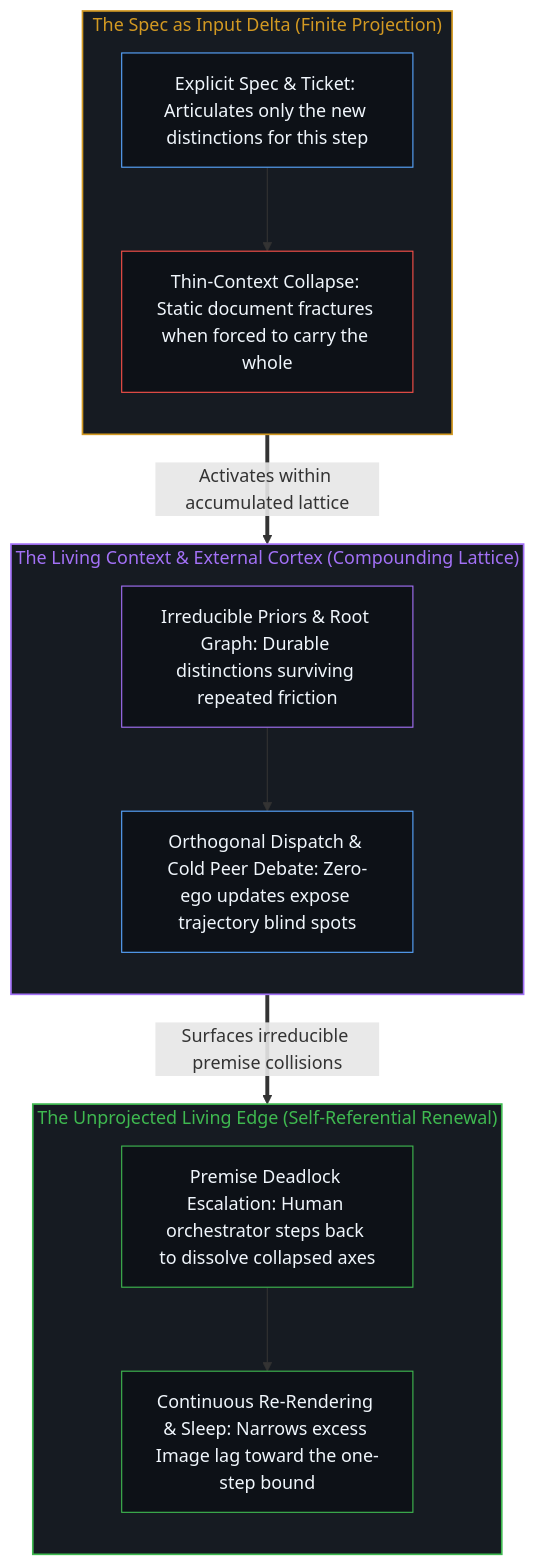
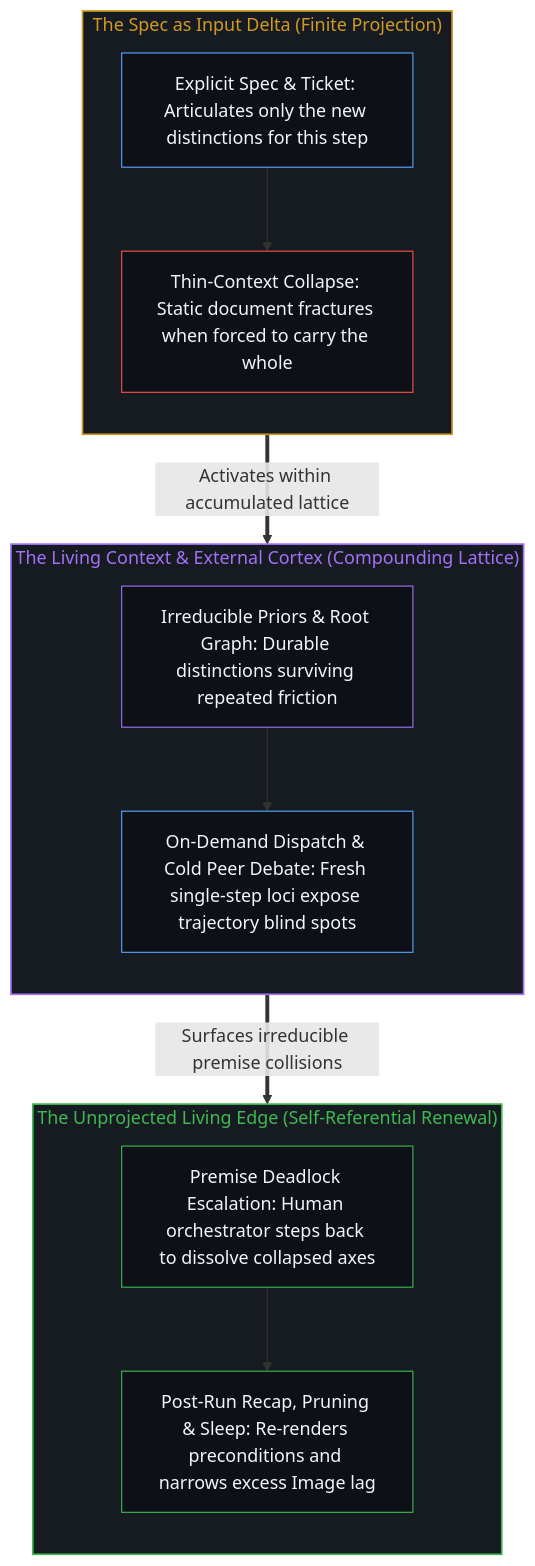
One commit to powerpig99/not-a-toe changed the second of 2 diagrams in content/posts/the-living-context.md. Above: the diagram before and after it, drawn with Mermaid. The commit also changed other lines of this file and 1 other file, not shown here.

Commit message:
Refine the-living-context in Deep Sleep Batch 1

````diff
--- a/content/posts/the-living-context.md
+++ b/content/posts/the-living-context.md
@@ -74,36 +70,32 @@
 ```mermaid
 flowchart TD
     subgraph S_Delta["The Spec as Input Delta (Finite Projection)"]
         direction TB
         Ticket["Explicit Spec & Ticket: Articulates only the new distinctions for this step"]
         Thin["Thin-Context Collapse: Static document fractures when forced to carry the whole"]
         Ticket --> Thin
     end
-
     subgraph S_Cortex["The Living Context & External Cortex (Compounding Lattice)"]
         direction TB
         Priors["Irreducible Priors & Root Graph: Durable distinctions surviving repeated friction"]
-        Mitosis["Orthogonal Dispatch & Cold Peer Debate: Zero-ego updates expose trajectory blind spots"]
+        Mitosis["On-Demand Dispatch & Cold Peer Debate: Fresh single-step loci expose trajectory blind spots"]
         Priors --> Mitosis
     end
-
     subgraph S_Edge["The Unprojected Living Edge (Self-Referential Renewal)"]
         direction TB
         Escalation["Premise Deadlock Escalation: Human orchestrator steps back to dissolve collapsed axes"]
-        ReRender["Continuous Re-Rendering & Sleep: Narrows excess Image lag toward the one-step bound"]
+        ReRender["Post-Run Recap, Pruning & Sleep: Re-renders preconditions and narrows excess Image lag"]
         Escalation --> ReRender
     end
-
     Ticket ==>|"Activates within accumulated lattice"| Priors
     Mitosis ==>|"Surfaces irreducible premise collisions"| Escalation
-
     style S_Delta fill:#161b22,stroke:#d29922,stroke-width:1.5px,color:#d29922
     style S_Cortex fill:#161b22,stroke:#a371f7,stroke-width:1.5px,color:#a371f7
     style S_Edge fill:#161b22,stroke:#3fb950,stroke-width:1.5px,color:#3fb950
     style Ticket fill:#0d1117,stroke:#58a6ff,stroke-width:1px,color:#f0f6fc
     style Thin fill:#0d1117,stroke:#f85149,stroke-width:1px,color:#f0f6fc
     style Priors fill:#0d1117,stroke:#a371f7,stroke-width:1px,color:#f0f6fc
     style Mitosis fill:#0d1117,stroke:#58a6ff,stroke-width:1px,color:#f0f6fc
     style Escalation fill:#0d1117,stroke:#3fb950,stroke-width:1px,color:#f0f6fc
     style ReRender fill:#0d1117,stroke:#3fb950,stroke-width:1px,color:#f0f6fc
 ```
````
